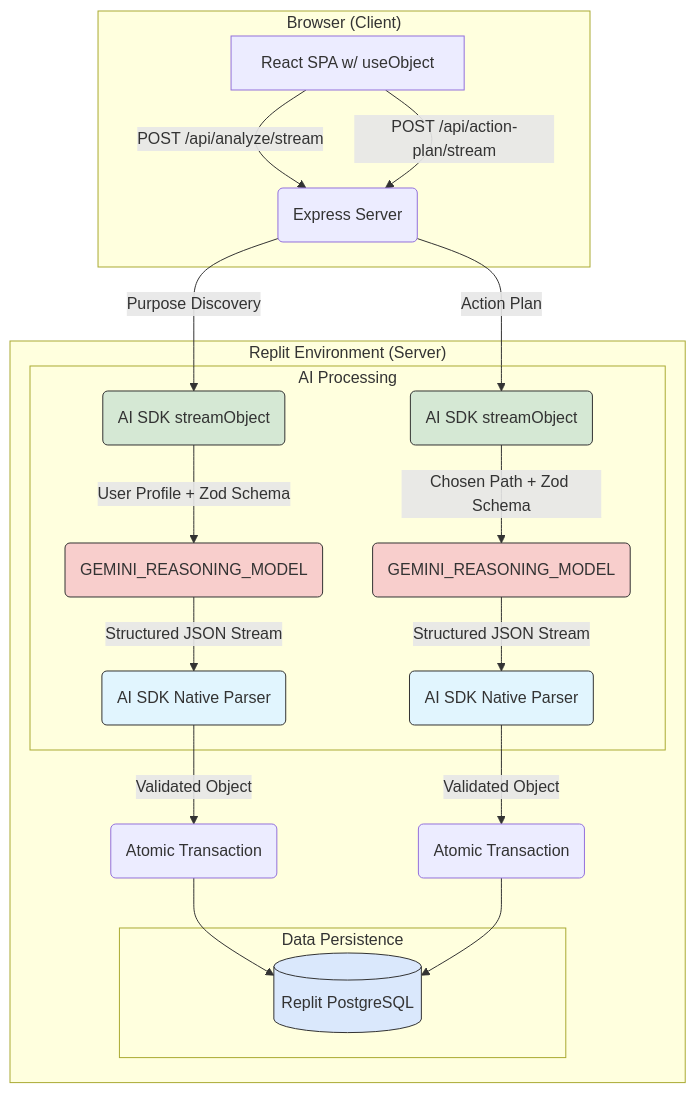
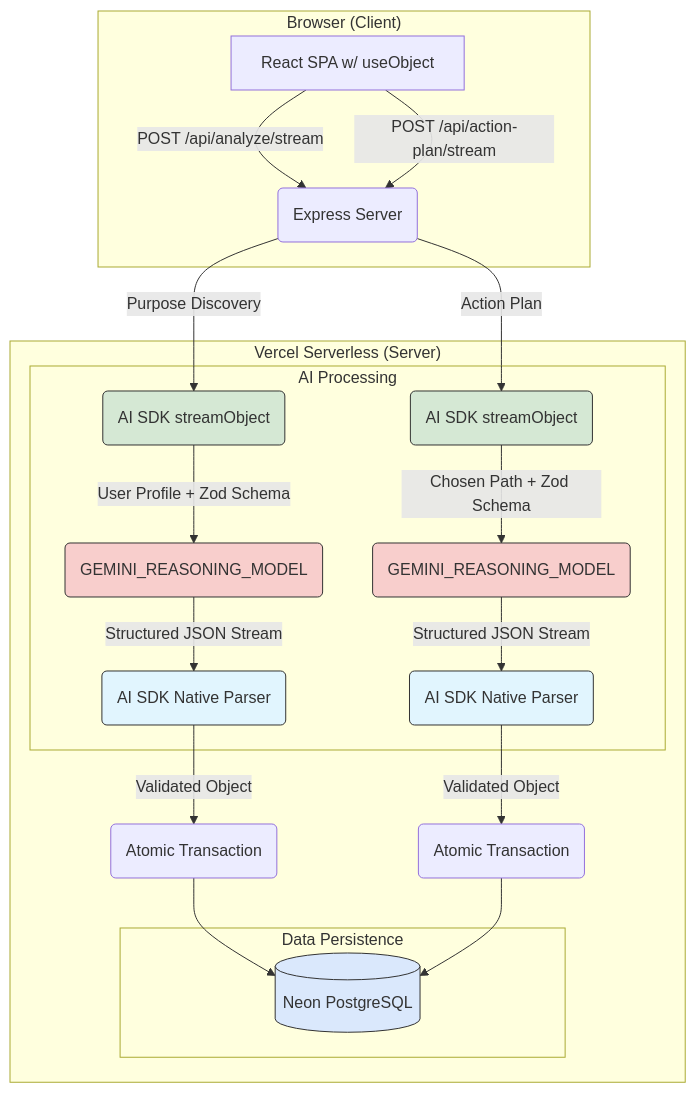
One commit to andres-monge/ikigai changed the diagram in docs/tech-spec.md. Above: the diagram before and after it, drawn with Mermaid. The commit also changed other lines of this file and 5 other files, not shown here.

````diff
--- a/docs/tech-spec.md
+++ b/docs/tech-spec.md
@@ -62,36 +62,36 @@
 ```mermaid
 graph TD
     subgraph "Browser (Client)"
         C1[React SPA w/ useObject] -->|POST /api/analyze/stream| S1(Express Server)
         C1 -->|POST /api/action-plan/stream| S1
     end
 
-    subgraph "Replit Environment (Server)"
+    subgraph "Vercel Serverless (Server)"
         S1 -- "Purpose Discovery" --> ORC(AI SDK streamObject)
         S1 -- "Action Plan" --> ORC2(AI SDK streamObject)
 
         subgraph "AI Processing"
             ORC -- "User Profile + Zod Schema" --> CALL2(GEMINI_REASONING_MODEL)
             ORC2 -- "Chosen Path + Zod Schema" --> CALL3(GEMINI_REASONING_MODEL)
             CALL2 -- "Structured JSON Stream" --> PARSE1(AI SDK Native Parser)
             CALL3 -- "Structured JSON Stream" --> PARSE2(AI SDK Native Parser)
         end
 
         subgraph "Data Persistence"
-            DB[(Replit PostgreSQL)]
+            DB[(Neon PostgreSQL)]
         end
 
         PARSE1 -- "Validated Object" --> PERSIST1(Atomic Transaction)
         PARSE2 -- "Validated Object" --> PERSIST2(Atomic Transaction)
         PERSIST1 --> DB
         PERSIST2 --> DB
     end
 
     style ORC fill:#d5e8d4,stroke:#333
     style ORC2 fill:#d5e8d4,stroke:#333
     style CALL2 fill:#f8cecc,stroke:#333
     style CALL3 fill:#f8cecc,stroke:#333
     style PARSE1 fill:#e1f5fe,stroke:#333
     style PARSE2 fill:#e1f5fe,stroke:#333
     style DB fill:#dae8fc,stroke:#333
 ```
````
